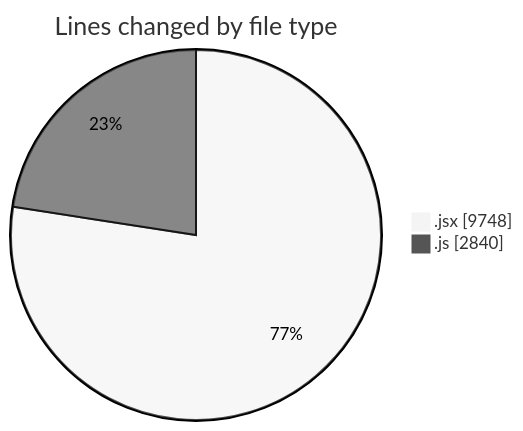
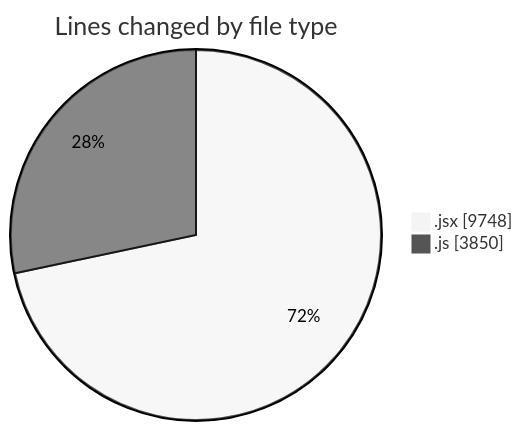
Before and after one commit to nxtqubesakshisongat/code-tracking: the first of 2 diagrams in 2025-09-23/nxtqube_webapp/README.md, drawn with Mermaid (neutral theme). The commit also changed other lines of this file and 1 other file, not shown here.

````diff
--- a/2025-09-23/nxtqube_webapp/README.md
+++ b/2025-09-23/nxtqube_webapp/README.md
@@ -24,6 +24,6 @@
 ```mermaid
 pie showData
 title Lines changed by file type
 ".jsx" : 9748
-".js" : 2840
+".js" : 3850
 ```
````
